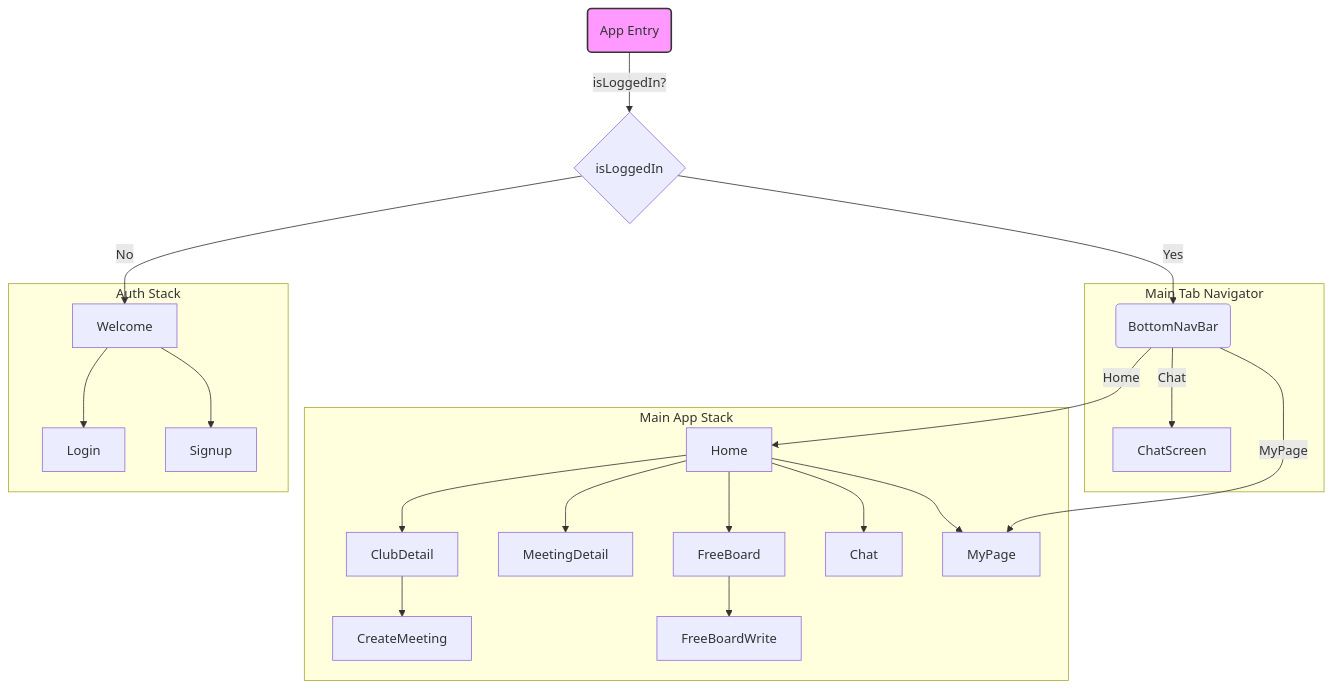
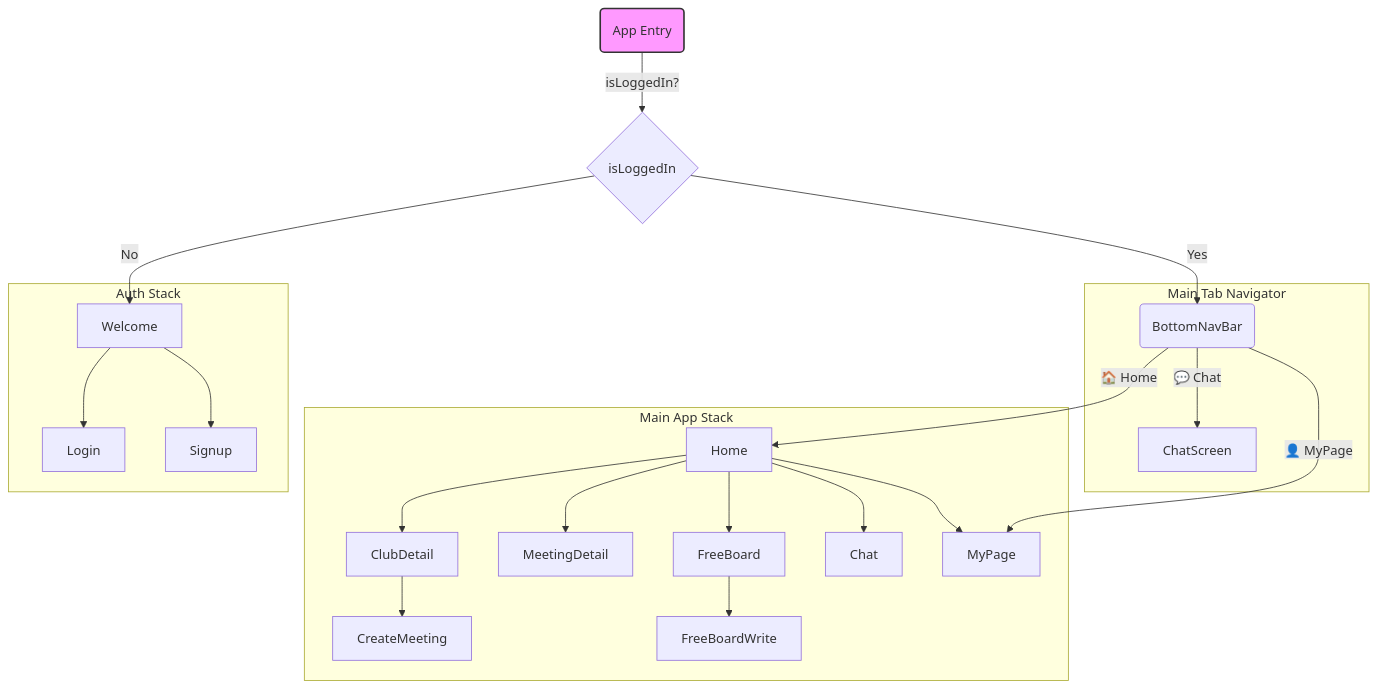
One commit to wjdgkr3386/neighbusapp changed the diagram in README.md. Above: the diagram before and after it, drawn with Mermaid. The commit also changed other lines of this file, not shown here.

````diff
--- a/README.md
+++ b/README.md
@@ -202,31 +240,31 @@
 ```mermaid
 graph TD
     subgraph "Auth Stack"
         Welcome --> Login
         Welcome --> Signup
     end
 
     subgraph "Main App Stack"
         Home --> ClubDetail
         Home --> MeetingDetail
         Home --> FreeBoard
         Home --> Chat
         Home --> MyPage
         
         ClubDetail --> CreateMeeting
         FreeBoard --> FreeBoardWrite
     end
 
     Start(App Entry) --> |isLoggedIn?| AuthStack{isLoggedIn}
     AuthStack -- No --> Welcome
     AuthStack -- Yes --> MainTab
 
     subgraph "Main Tab Navigator"
         MainTab(BottomNavBar)
-        MainTab -- Home --> Home
-        MainTab -- Chat --> ChatScreen
-        MainTab -- MyPage --> MyPage
+        MainTab -- 🏠 Home --> Home
+        MainTab -- 💬 Chat --> ChatScreen
+        MainTab -- 👤 MyPage --> MyPage
     end
     
     style Start fill:#f9f,stroke:#333,stroke-width:2px
 ```
````
